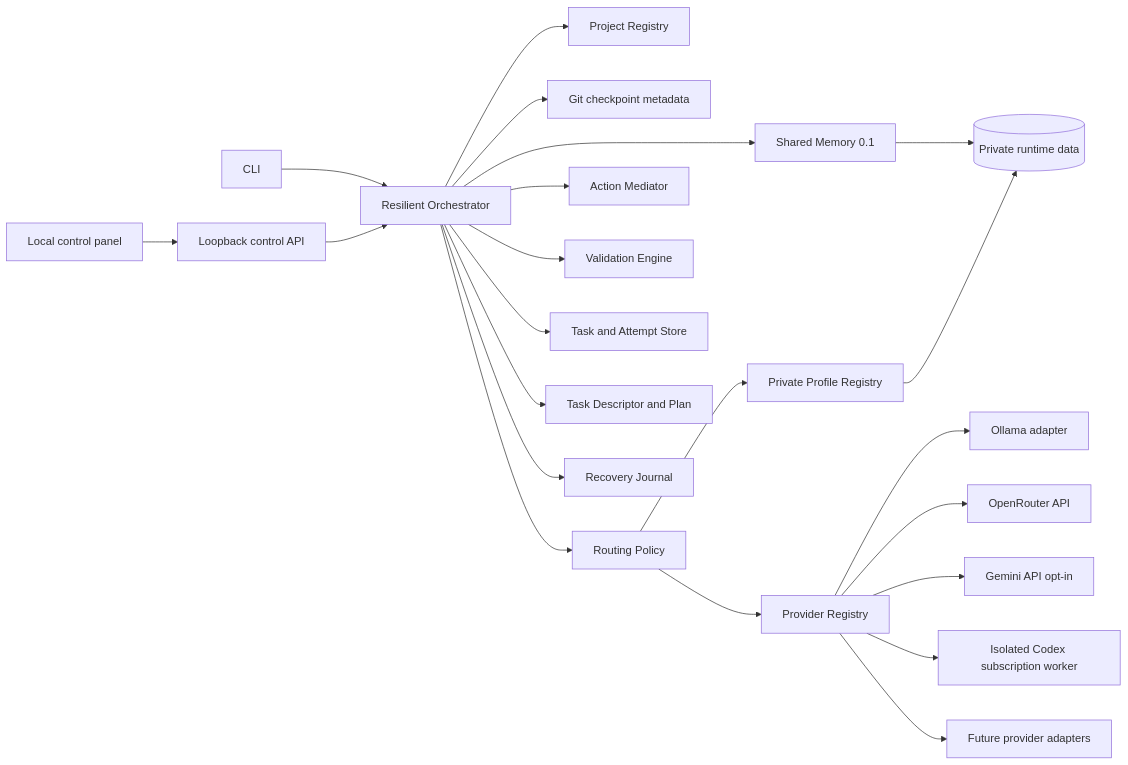
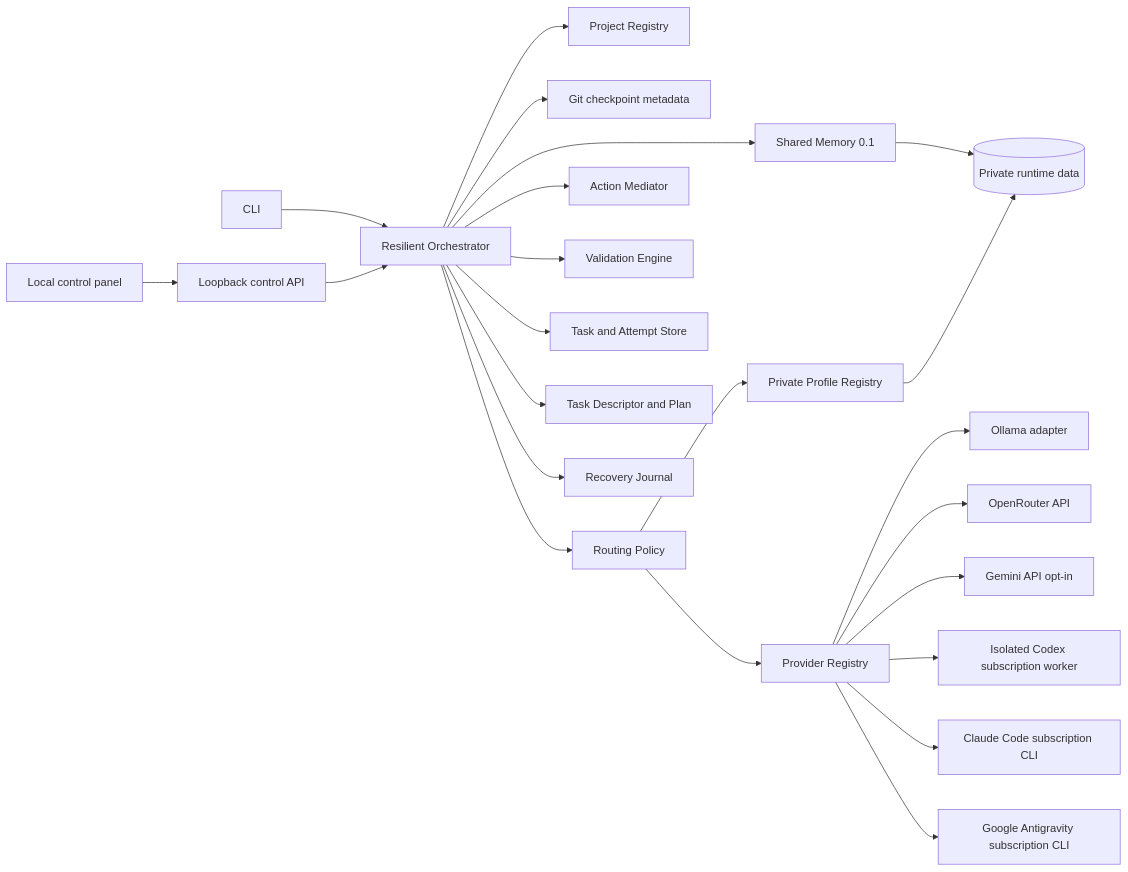
One commit to ricdegre/AI-Router changed the second of 2 diagrams in README.md. Above: the diagram before and after it, drawn with Mermaid. The commit also changed other lines of this file and 2 other files, not shown here.

````diff
--- a/README.md
+++ b/README.md
@@ -84,24 +84,25 @@
 ```mermaid
 flowchart LR
     UI[Local control panel] --> API[Loopback control API]
     CLI[CLI] --> ORCH[Resilient Orchestrator]
     API --> ORCH
     ORCH --> REG[Project Registry]
     ORCH --> MEM[Shared Memory 0.1]
     ORCH --> GIT[Git checkpoint metadata]
     ORCH --> POLICY[Routing Policy]
     ORCH --> ACTIONS[Action Mediator]
     ORCH --> VALIDATE[Validation Engine]
     ORCH --> ATTEMPTS[Task and Attempt Store]
     ORCH --> DESC[Task Descriptor and Plan]
     ORCH --> JOURNAL[Recovery Journal]
     POLICY --> PREG[Provider Registry]
     POLICY --> PROFILES[Private Profile Registry]
     PREG --> OLLAMA[Ollama adapter]
     PREG --> OPENROUTER[OpenRouter API]
     PREG --> GEMINI[Gemini API opt-in]
     PREG --> CODEX[Isolated Codex subscription worker]
-    PREG --> FUTURE[Future provider adapters]
+    PREG --> CLAUDE[Claude Code subscription CLI]
+    PREG --> AGY[Google Antigravity subscription CLI]
     MEM --> DATA[(Private runtime data)]
     PROFILES --> DATA
 ```
````
